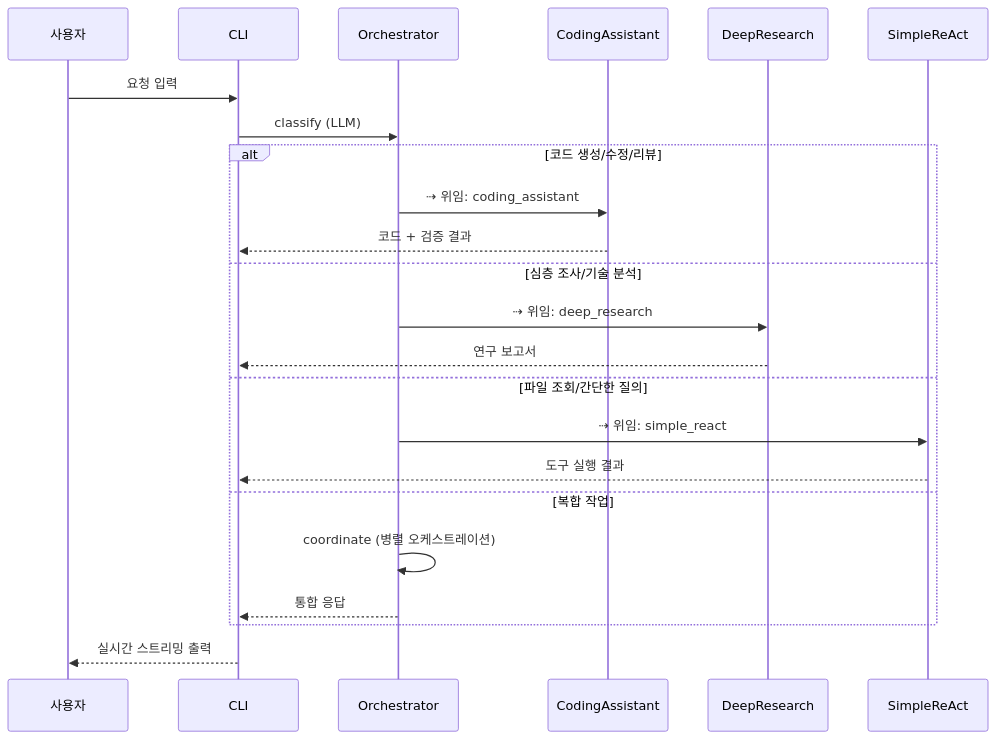
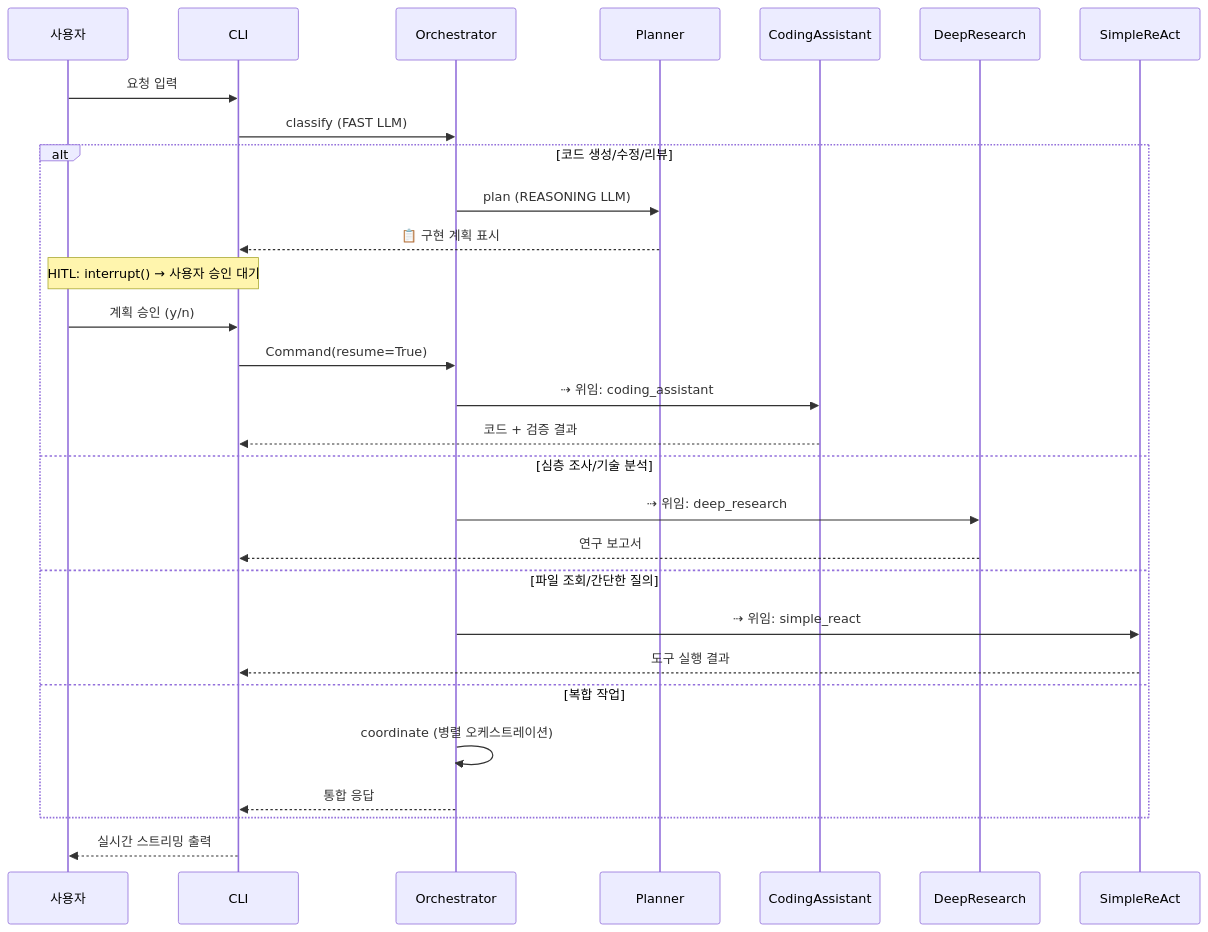
One commit to youngs75/youngs75_coding_ai_agent changed the second of 16 diagrams in docs/ARCHITECTURE.md. Above: the diagram before and after it, drawn with Mermaid. The commit also changed other lines of this file, not shown here.

First line of the commit message:
docs: 구성도 최신화 — Planner Agent + HITL 흐름 + 4-Tier 모델 반영

````diff
--- a/docs/ARCHITECTURE.md
+++ b/docs/ARCHITECTURE.md
@@ -110,28 +113,34 @@
 ```mermaid
 sequenceDiagram
     participant U as 사용자
     participant CLI as CLI
     participant ORC as Orchestrator
+    participant PL as Planner
     participant CA as CodingAssistant
     participant DR as DeepResearch
     participant SR as SimpleReAct
 
     U->>CLI: 요청 입력
-    CLI->>ORC: classify (LLM)
+    CLI->>ORC: classify (FAST LLM)
     
     alt 코드 생성/수정/리뷰
+        ORC->>PL: plan (REASONING LLM)
+        PL-->>CLI: 📋 구현 계획 표시
+        Note over CLI,U: HITL: interrupt() → 사용자 승인 대기
+        U->>CLI: 계획 승인 (y/n)
+        CLI->>ORC: Command(resume=True)
         ORC->>CA: ⇢ 위임: coding_assistant
         CA-->>CLI: 코드 + 검증 결과
     else 심층 조사/기술 분석
         ORC->>DR: ⇢ 위임: deep_research
         DR-->>CLI: 연구 보고서
     else 파일 조회/간단한 질의
         ORC->>SR: ⇢ 위임: simple_react
         SR-->>CLI: 도구 실행 결과
     else 복합 작업
         ORC->>ORC: coordinate (병렬 오케스트레이션)
         ORC-->>CLI: 통합 응답
     end
     
     CLI-->>U: 실시간 스트리밍 출력
 ```
````
